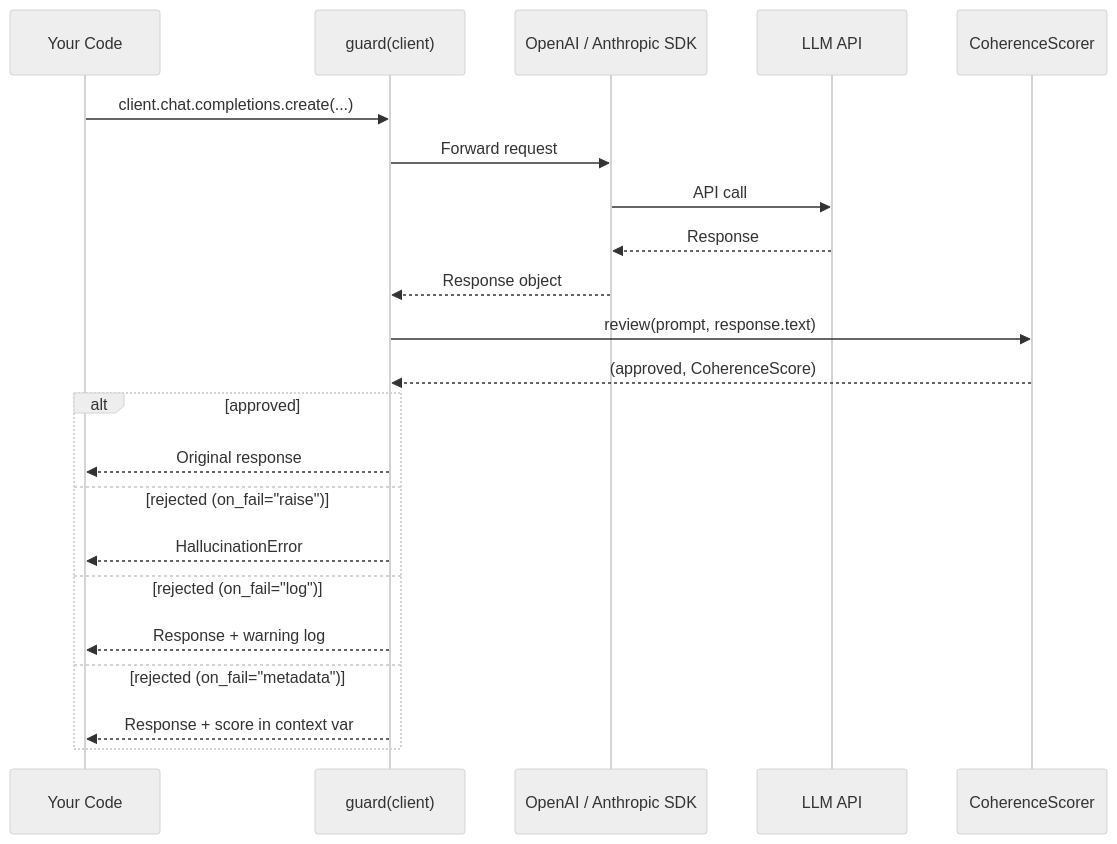
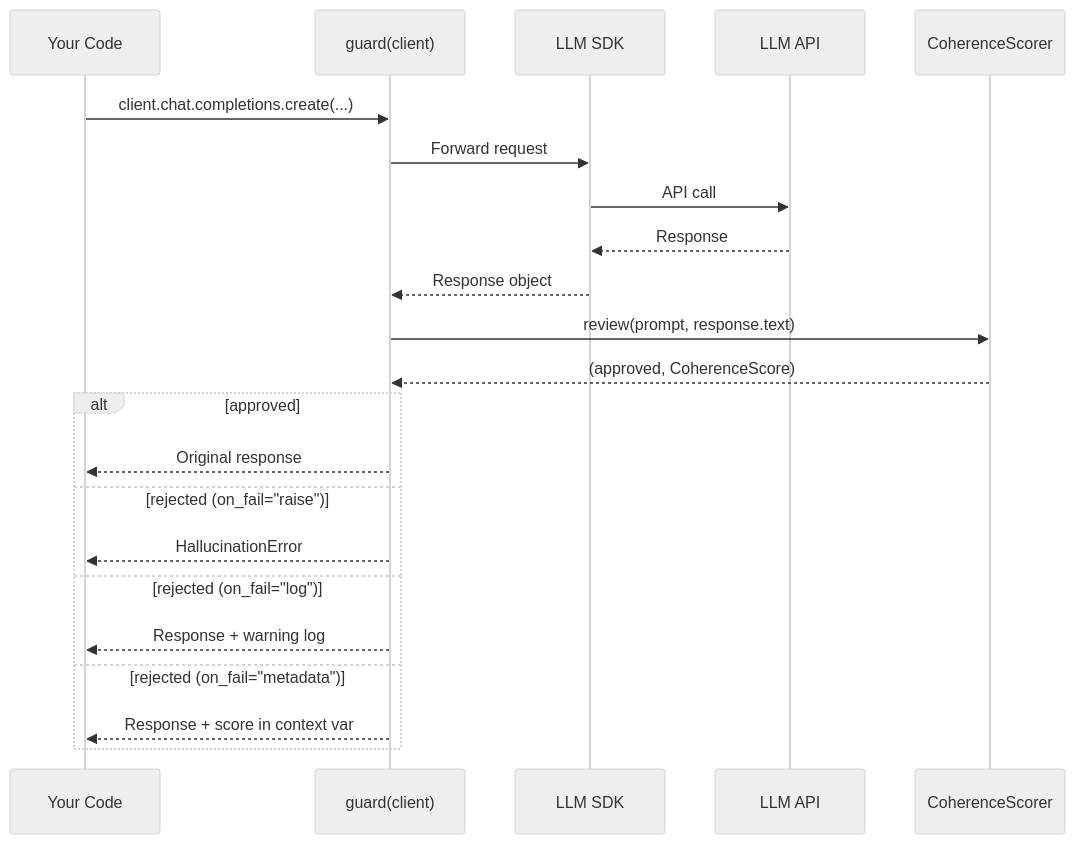
The diagram in docs-site/integrations/sdk-guard.md (anulum/director-ai), drawn with Mermaid (neutral theme) before and after one commit. The commit also changed other lines of this file and 57 other files, not shown here.

````diff
--- a/docs-site/integrations/sdk-guard.md
+++ b/docs-site/integrations/sdk-guard.md
@@ -5,25 +6,25 @@
 ```mermaid
 sequenceDiagram
     participant App as Your Code
     participant Guard as guard(client)
-    participant SDK as OpenAI / Anthropic SDK
+    participant SDK as LLM SDK
     participant LLM as LLM API
     participant Scorer as CoherenceScorer
 
     App->>Guard: client.chat.completions.create(...)
     Guard->>SDK: Forward request
     SDK->>LLM: API call
     LLM-->>SDK: Response
     SDK-->>Guard: Response object
     Guard->>Scorer: review(prompt, response.text)
     Scorer-->>Guard: (approved, CoherenceScore)
     alt approved
         Guard-->>App: Original response
     else rejected (on_fail="raise")
         Guard-->>App: HallucinationError
     else rejected (on_fail="log")
         Guard-->>App: Response + warning log
     else rejected (on_fail="metadata")
         Guard-->>App: Response + score in context var
     end
 ```
````
